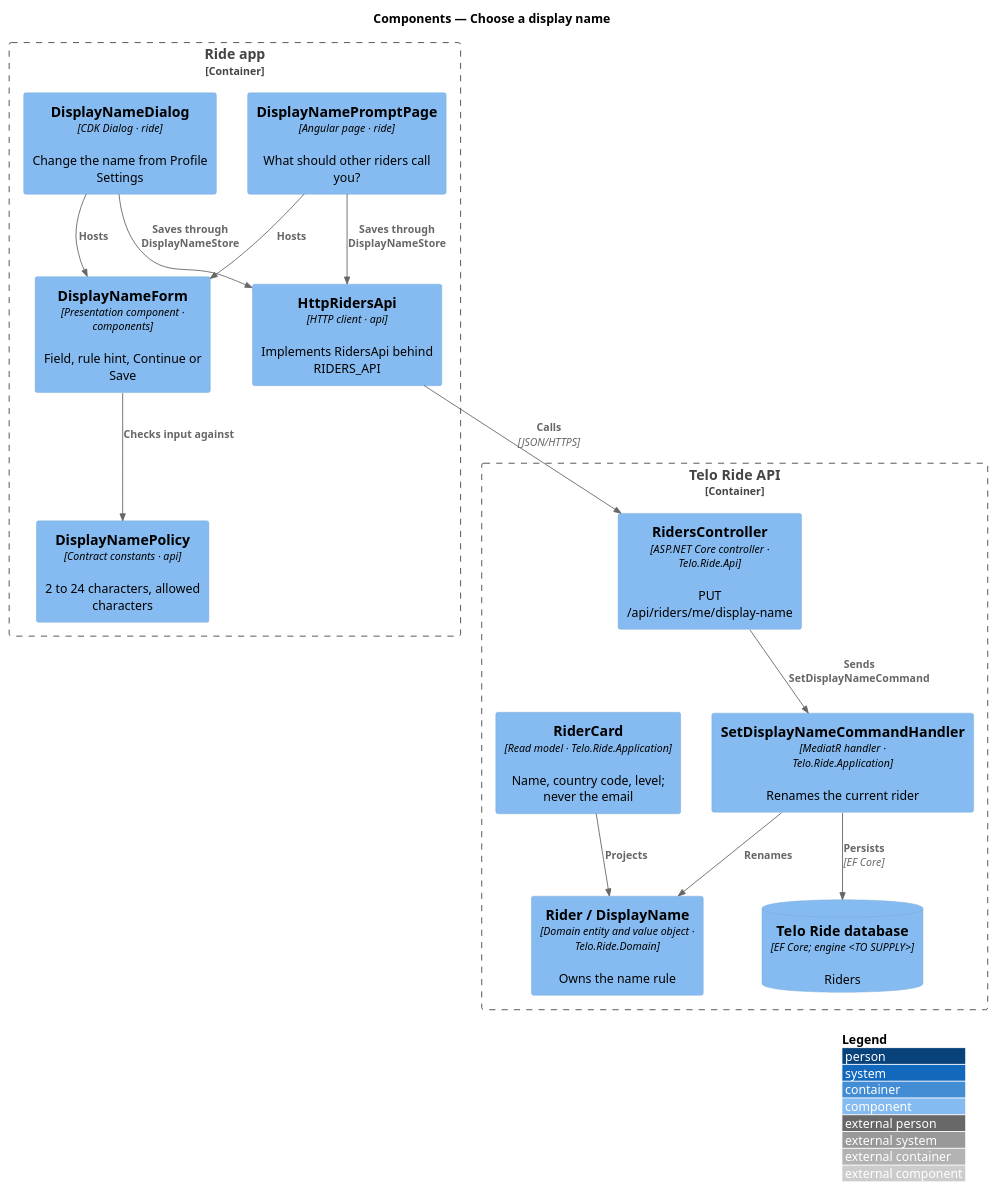
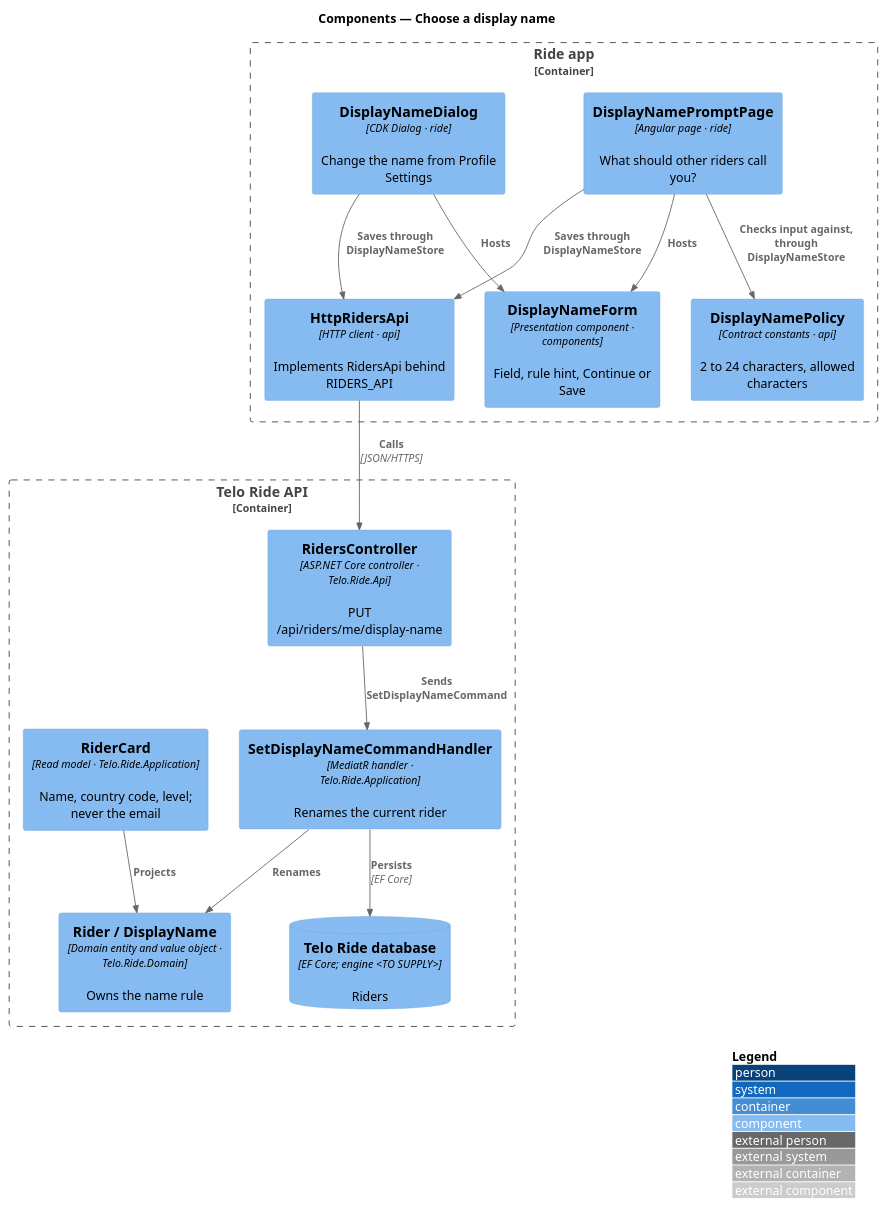
Before and after one commit to QuinntyneBrown/ride-one: the diagram in docs/detailed-designs/accounts/choose-a-display-name/diagrams/c4-component.puml, drawn with PlantUML. The commit also changed 45 other files, not shown here.

First line of the commit message:
Ask for a display name and change it from Profile

```diff
--- a/docs/detailed-designs/accounts/choose-a-display-name/diagrams/c4-component.puml
+++ b/docs/detailed-designs/accounts/choose-a-display-name/diagrams/c4-component.puml
@@ -1,29 +1,29 @@
 @startuml
 !include <C4/C4_Component>
 LAYOUT_WITH_LEGEND()
 title Components — Choose a display name
 Container_Boundary(app, "Ride app") {
   Component(prompt, "DisplayNamePromptPage", "Angular page · ride", "What should other riders call you?")
   Component(dialog, "DisplayNameDialog", "CDK Dialog · ride", "Change the name from Profile Settings")
   Component(form, "DisplayNameForm", "Presentation component · components", "Field, rule hint, Continue or Save")
   Component(rule, "DisplayNamePolicy", "Contract constants · api", "2 to 24 characters, allowed characters")
   Component(client, "HttpRidersApi", "HTTP client · api", "Implements RidersApi behind RIDERS_API")
 }
 Container_Boundary(api, "Telo Ride API") {
   Component(ctrl, "RidersController", "ASP.NET Core controller · Telo.Ride.Api", "PUT /api/riders/me/display-name")
   Component(handler, "SetDisplayNameCommandHandler", "MediatR handler · Telo.Ride.Application", "Renames the current rider")
   Component(rider, "Rider / DisplayName", "Domain entity and value object · Telo.Ride.Domain", "Owns the name rule")
   Component(card, "RiderCard", "Read model · Telo.Ride.Application", "Name, country code, level; never the email")
   ComponentDb(db, "Telo Ride database", "EF Core; engine <TO SUPPLY>", "Riders")
 }
 Rel(prompt, form, "Hosts")
 Rel(dialog, form, "Hosts")
-Rel(form, rule, "Checks input against")
+Rel(prompt, rule, "Checks input against, through DisplayNameStore")
 Rel(prompt, client, "Saves through DisplayNameStore")
 Rel(dialog, client, "Saves through DisplayNameStore")
 Rel(client, ctrl, "Calls", "JSON/HTTPS")
 Rel(ctrl, handler, "Sends SetDisplayNameCommand")
 Rel(handler, rider, "Renames")
 Rel(handler, db, "Persists", "EF Core")
 Rel(card, rider, "Projects")
 @enduml
```
